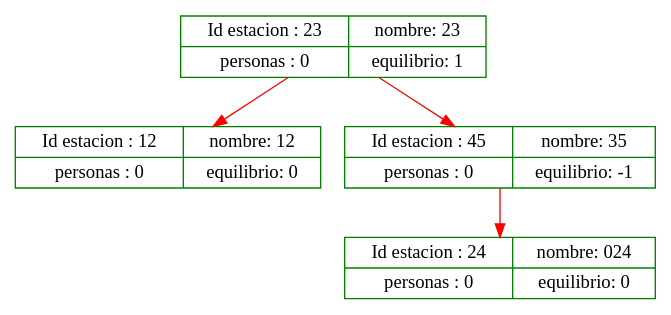
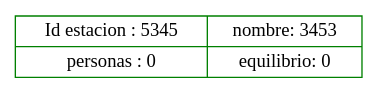
The diagram in web/images/AVLclave.dot (raul200920117/Proyecto1s22015_200920117), drawn with Graphviz before and after one commit. The commit also changed 17 other files, not shown here.

```diff
--- a/web/images/AVLclave.dot
+++ b/web/images/AVLclave.dot
@@ -1,11 +1,5 @@
 digraph g { 
-nod12 [shape=record ,color="green", label= " { Id estacion : 12 |  personas : 0 } | { nombre: 12| equilibrio: 0 }  "] ; 
-nod23 [shape=record ,color="green", label= " { Id estacion : 23 |  personas : 0 } | { nombre: 23| equilibrio: 1 }  "] ; 
-nod24 [shape=record ,color="green", label= " { Id estacion : 24 |  personas : 0 } | { nombre: 024| equilibrio: 0 }  "] ; 
-nod45 [shape=record ,color="green", label= " { Id estacion : 45 |  personas : 0 } | { nombre: 35| equilibrio: -1 }  "] ; 
+nod5345 [shape=record ,color="green", label= " { Id estacion : 5345 |  personas : 0 } | { nombre: 3453| equilibrio: 0 }  "] ; 
 
-nod23 -> nod12 [color = red] ; 
-nod23 -> nod45 [color = red] ; 
-nod45 -> nod24 [color = red] ; 
 
 } 
```
